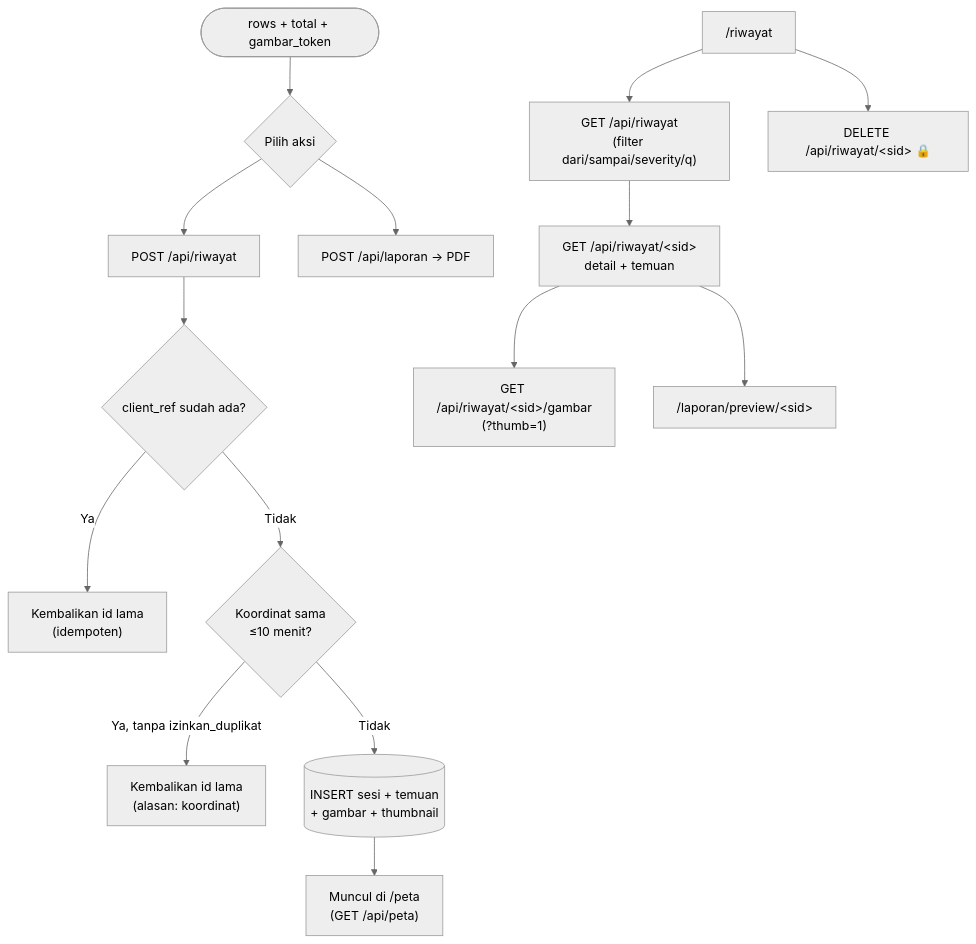
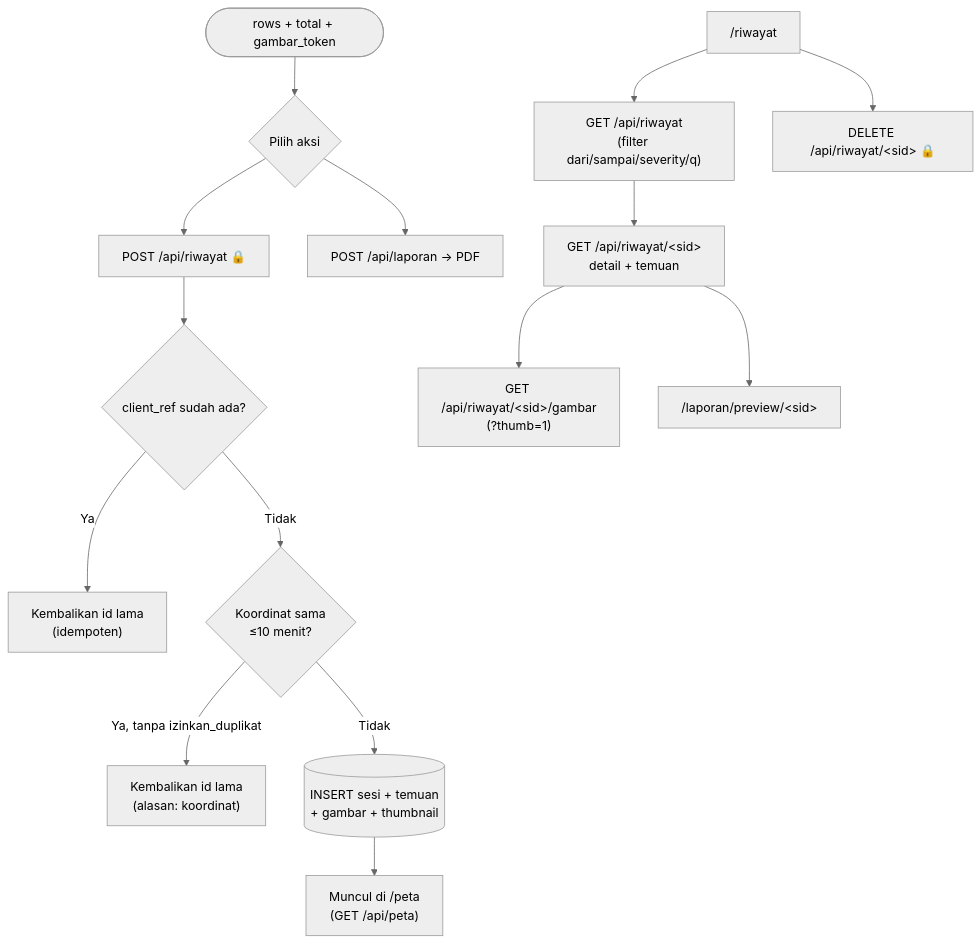
One commit to rachmatx/jalan-pantau changed the fourth of 6 diagrams in docs/User-Flow.md. Above: the diagram before and after it, drawn with Mermaid (neutral theme). The commit also changed other lines of this file and 9 other files, not shown here.

````diff
--- a/docs/User-Flow.md
+++ b/docs/User-Flow.md
@@ -225,20 +238,20 @@
 ```mermaid
 flowchart TD
     HASIL(["rows + total + gambar_token"]) --> PILIH{"Pilih aksi"}
 
-    PILIH --> SIMPAN["POST /api/riwayat"]
+    PILIH --> SIMPAN["POST /api/riwayat 🔒"]
     PILIH --> PDF["POST /api/laporan → PDF"]
 
     SIMPAN --> IDEM{"client_ref sudah ada?"}
     IDEM -->|Ya| DUP["Kembalikan id lama<br/>(idempoten)"]
     IDEM -->|Tidak| CEK{"Koordinat sama<br/>≤10 menit?"}
     CEK -->|Ya, tanpa izinkan_duplikat| TOLAK["Kembalikan id lama<br/>(alasan: koordinat)"]
     CEK -->|Tidak| TULIS[("INSERT sesi + temuan<br/>+ gambar + thumbnail")]
     TULIS --> MAP["Muncul di /peta<br/>(GET /api/peta)"]
 
     RIWAYAT["/riwayat"] --> DAFTAR["GET /api/riwayat<br/>(filter dari/sampai/severity/q)"]
     DAFTAR --> DETAIL["GET /api/riwayat/&lt;sid&gt;<br/>detail + temuan"]
     DETAIL --> GAMBAR["GET /api/riwayat/&lt;sid&gt;/gambar<br/>(?thumb=1)"]
     DETAIL --> PREVIEW["/laporan/preview/&lt;sid&gt;"]
     RIWAYAT --> HAPUS["DELETE /api/riwayat/&lt;sid&gt; 🔒"]
 ```
````
